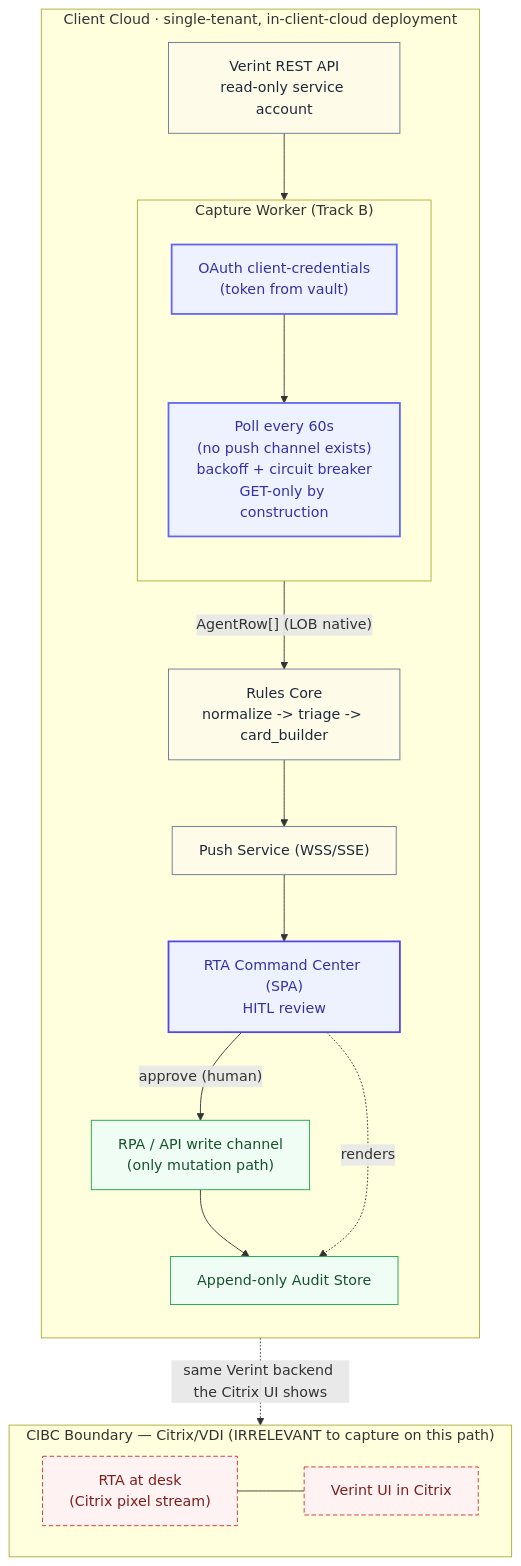
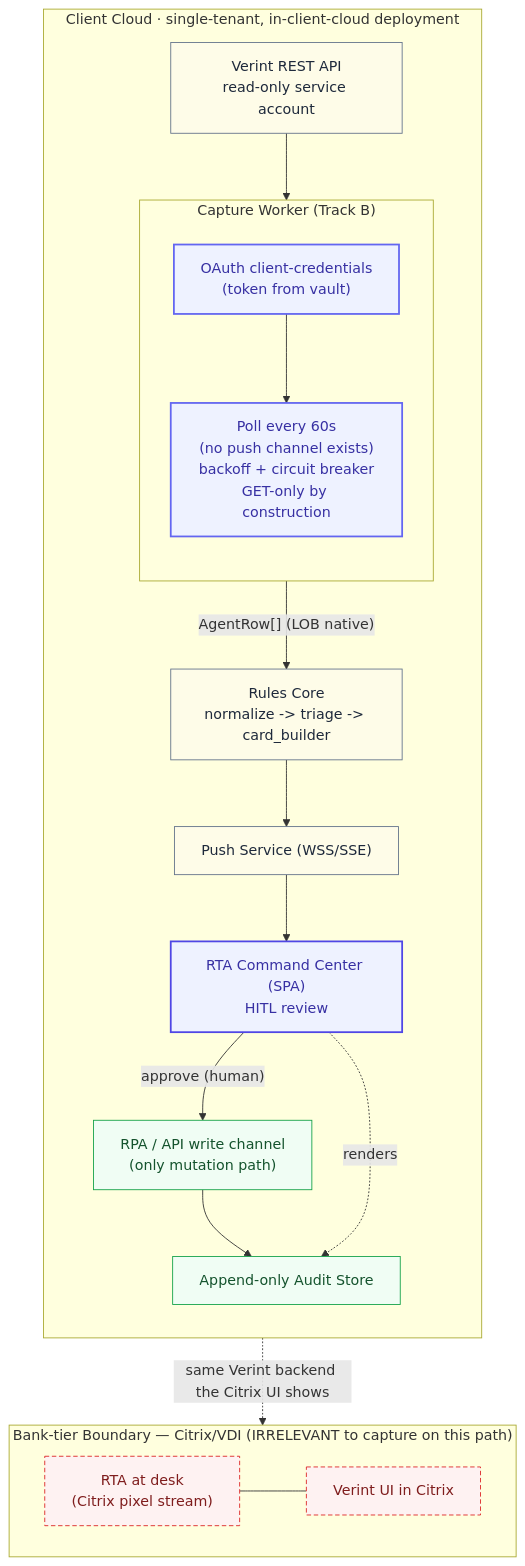
One commit to MateusPoatek/RTA_Command_Center changed the second of 5 diagrams in POC_Redefined/docs/engineering/CONNECTOR_CATALOG.md. Above: the diagram before and after it, drawn with Mermaid. The commit also changed other lines of this file and 150 other files, not shown here.

````diff
--- a/POC_Redefined/docs/engineering/CONNECTOR_CATALOG.md
+++ b/POC_Redefined/docs/engineering/CONNECTOR_CATALOG.md
@@ -131,48 +131,48 @@
 ```mermaid
 flowchart TB
 
-    subgraph CIBC ["CIBC Boundary — Citrix/VDI (IRRELEVANT to capture on this path)"]
+    subgraph BANKTIER ["Bank-tier Boundary — Citrix/VDI (IRRELEVANT to capture on this path)"]
         direction LR
         RTA["RTA at desk\n(Citrix pixel stream)"]
         VerintUI["Verint UI in Citrix"]
         RTA --- VerintUI
     end
 
     subgraph TENANT ["Client Cloud · single-tenant, in-client-cloud deployment"]
         direction TB
         VerintAPI["Verint REST API\nread-only service account"]
         subgraph WORKER ["Capture Worker (Track B)"]
             direction TB
             OAuth["OAuth client-credentials\n(token from vault)"]
             Poll["Poll every 60s\n(no push channel exists)\nbackoff + circuit breaker\nGET-only by construction"]
             OAuth --> Poll
         end
         Core["Rules Core\nnormalize -> triage -> card_builder"]
         Push["Push Service (WSS/SSE)"]
         CC["RTA Command Center (SPA)\nHITL review"]
         RPA["RPA / API write channel\n(only mutation path)"]
         Audit["Append-only Audit Store"]
 
         VerintAPI --> Poll
         Poll --> |"AgentRow[] (LOB native)"| Core
         Core --> Push
         Push --> CC
         CC --> |"approve (human)"| RPA
         RPA --> Audit
         CC -. "renders" .-> Audit
     end
 
     VerintAPI -. "same Verint backend the Citrix UI shows" .-> VerintUI
 
     classDef boundary fill:#fef2f2,stroke:#dc2626,stroke-dasharray:5 3,color:#7f1d1d
     classDef worker   fill:#eef2ff,stroke:#6366f1,stroke-width:2px,color:#3730a3
     classDef core     fill:#fefce8,stroke:#64748b,color:#1e293b
     classDef store    fill:#f0fdf4,stroke:#16a34a,color:#14532d
     classDef hitl     fill:#eef2ff,stroke:#4f46e5,stroke-width:2px,color:#3730a3
 
     class RTA,VerintUI boundary
     class OAuth,Poll worker
     class Core,Push,VerintAPI core
     class Audit,RPA store
     class CC hitl
 ```
````
